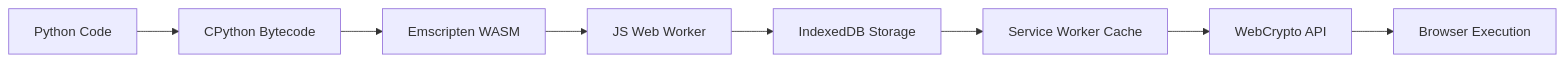
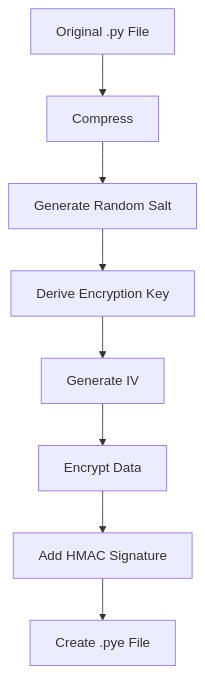
The diagram in Readme.md (Royhtml/Enhancing-Python-Protection-Suite), drawn with Mermaid before and after one commit. The commit also changed other lines of this file, not shown here.

````diff
--- a/Readme.md
+++ b/Readme.md
@@ -51,10 +105,10 @@
 ```mermaid
-graph LR
-    A[Python Code] --> B[CPython Bytecode]
-    B --> C[Emscripten WASM]
-    C --> D[JS Web Worker]
-    D --> E[IndexedDB Storage]
-    E --> F[Service Worker Cache]
-    F --> G[WebCrypto API]
-    G --> H[Browser Execution]
+graph TD
+    A[Original .py File] --> B[Compress]
+    B --> C[Generate Random Salt]
+    C --> D[Derive Encryption Key]
+    D --> E[Generate IV]
+    E --> F[Encrypt Data]
+    F --> G[Add HMAC Signature]
+    G --> H[Create .pye File]
 ```
````
